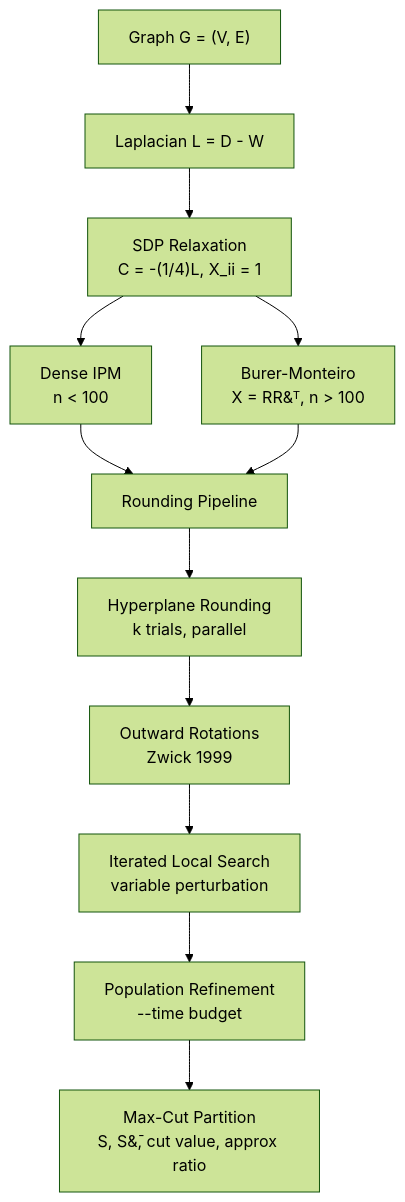
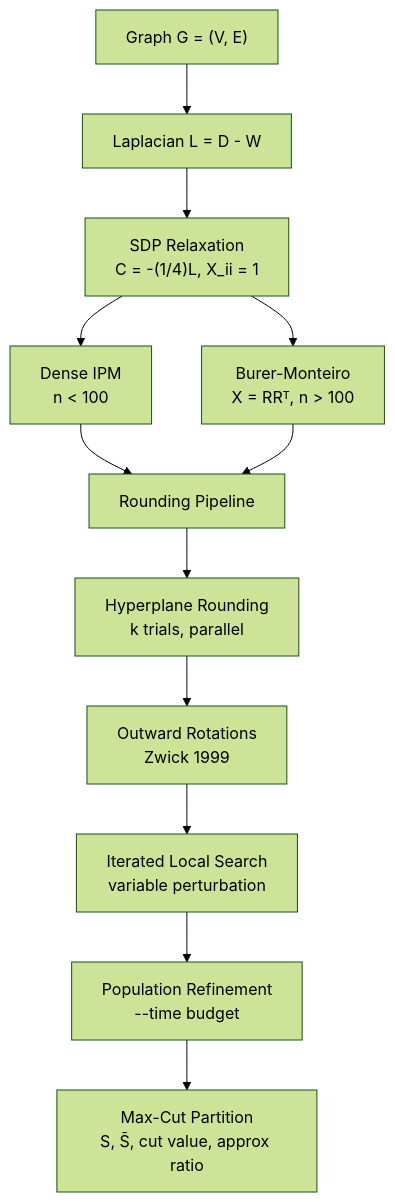
Before and after one commit to willmccallion/maxcut-sdp: the diagram in README.md, drawn with Mermaid (forest theme).

Commit message:
Fixed mermaid rendering issue.

````diff
--- a/README.md
+++ b/README.md
@@ -56,18 +56,18 @@
 ```mermaid
 graph TD
     A["Graph G = (V, E)"] --> B["Laplacian L = D - W"]
     B --> C["SDP Relaxation<br/>C = -(1/4)L, X_ii = 1"]
 
     C --> D["Dense IPM<br/>n &lt; 100"]
-    C --> E["Burer-Monteiro<br/>X = RR&#7488;, n &gt; 100"]
+    C --> E["Burer-Monteiro<br/>X = RRᵀ, n &gt; 100"]
 
     D --> F["Rounding Pipeline"]
     E --> F
 
     F --> G["Hyperplane Rounding<br/>k trials, parallel"]
     G --> H["Outward Rotations<br/>Zwick 1999"]
     H --> I["Iterated Local Search<br/>variable perturbation"]
     I --> J["Population Refinement<br/>--time budget"]
 
-    J --> K["Max-Cut Partition<br/>S, S&#772;, cut value, approx ratio"]
+    J --> K["Max-Cut Partition<br/>S, S̄, cut value, approx ratio"]
 ```
````
